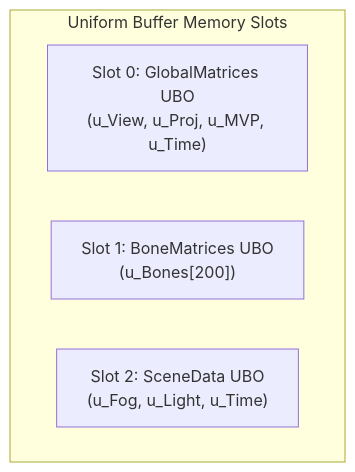
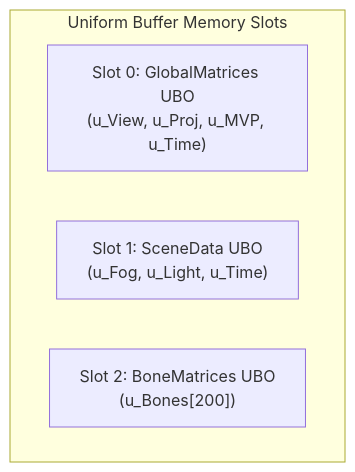
Before and after one commit to sven-n/MuMain: the second of 4 diagrams in docs/GPU Skinning/gpu-skinning-architecture.md, drawn with Mermaid. The commit also changed other lines of this file and 3 other files, not shown here.

````diff
--- a/docs/GPU Skinning/gpu-skinning-architecture.md
+++ b/docs/GPU Skinning/gpu-skinning-architecture.md
@@ -29,8 +29,8 @@
 ```mermaid
 graph TD
     subgraph UBO["Uniform Buffer Memory Slots"]
         UBO0["Slot 0: GlobalMatrices UBO<br>(u_View, u_Proj, u_MVP, u_Time)"]
-        UBO1["Slot 1: BoneMatrices UBO<br>(u_Bones[200])"]
-        UBO2["Slot 2: SceneData UBO<br>(u_Fog, u_Light, u_Time)"]
+        UBO1["Slot 1: SceneData UBO<br>(u_Fog, u_Light, u_Time)"]
+        UBO2["Slot 2: BoneMatrices UBO<br>(u_Bones[200])"]
     end
 ```
````
